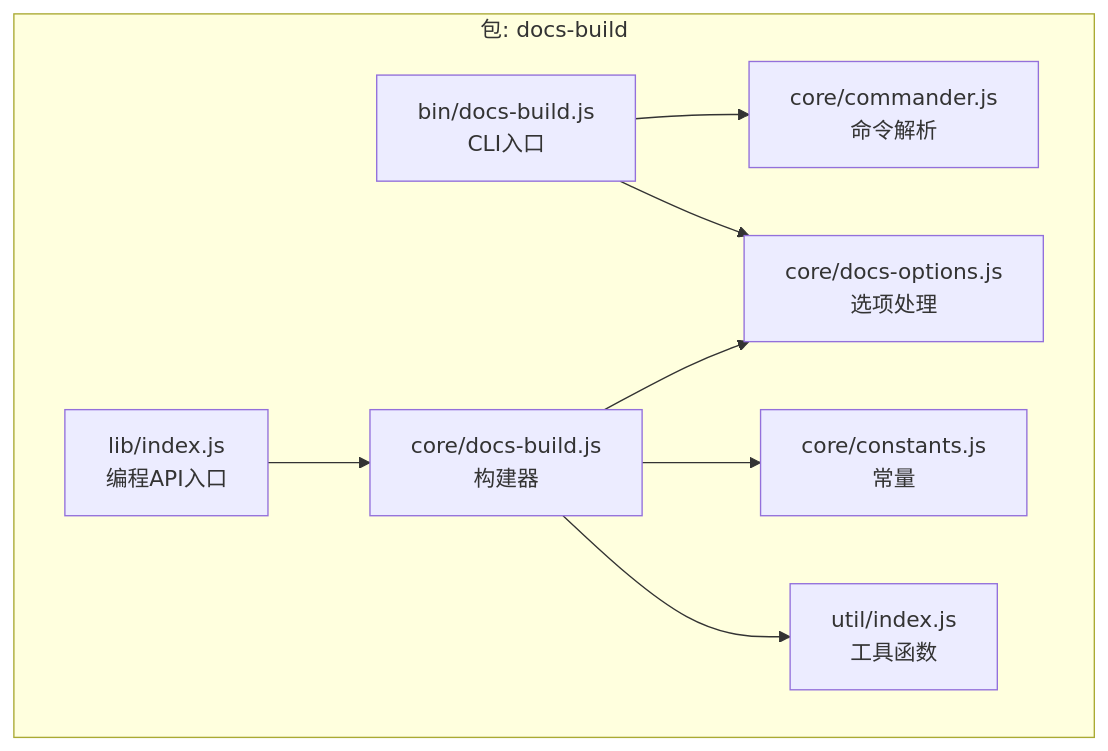
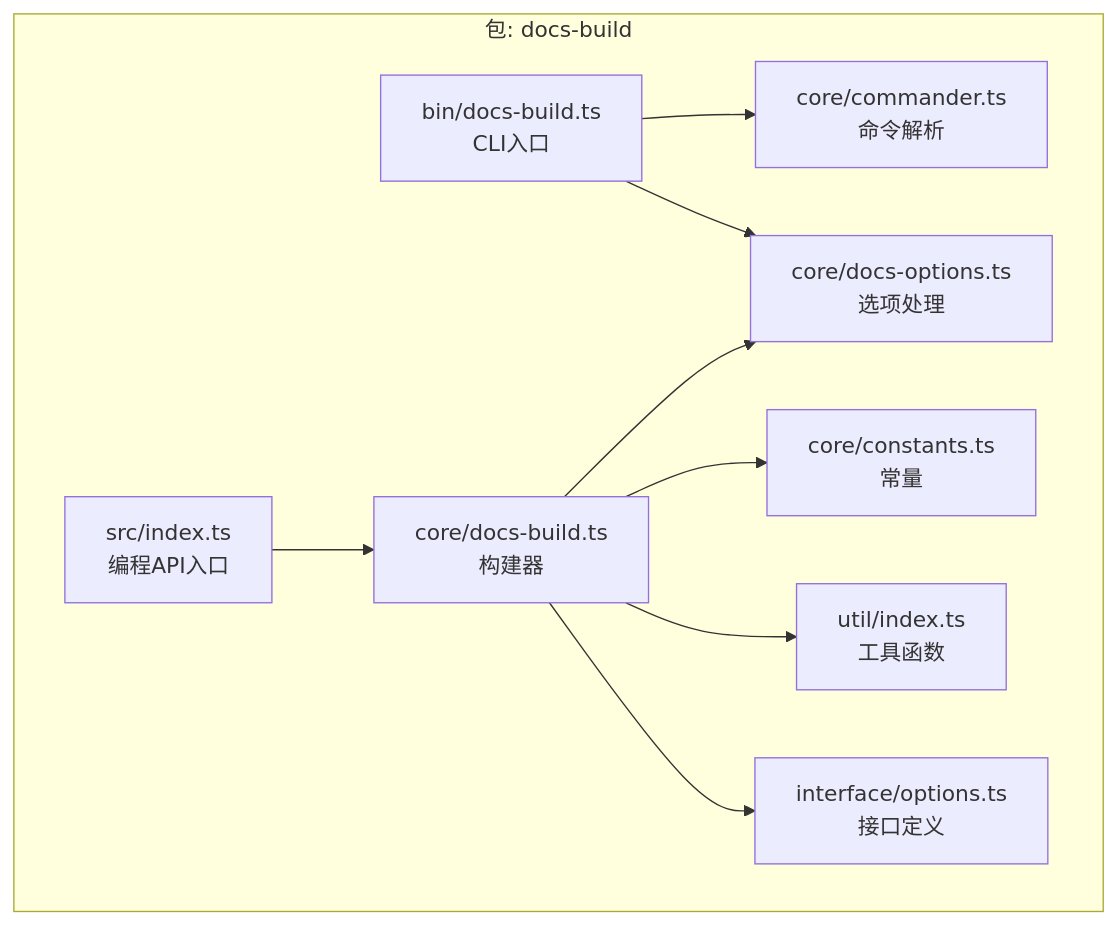
Before and after one commit to hz-9/tool-nx: the first of 5 diagrams in .qoder/repowiki/zh/content/API参考/文档构建工具API/文档构建工具API.md, drawn with Mermaid. The commit also changed other lines of this file and 27 other files, not shown here.

````diff
--- a/.qoder/repowiki/zh/content/API参考/文档构建工具API/文档构建工具API.md
+++ b/.qoder/repowiki/zh/content/API参考/文档构建工具API/文档构建工具API.md
@@ -53,18 +64,20 @@
 ```mermaid
 graph TB
 subgraph "包: docs-build"
-BIN["bin/docs-build.js<br/>CLI入口"]
-CORE["core/docs-build.js<br/>构建器"]
-CMD["core/commander.js<br/>命令解析"]
-OPT["core/docs-options.js<br/>选项处理"]
-CONST["core/constants.js<br/>常量"]
-UTIL["util/index.js<br/>工具函数"]
-IDX["lib/index.js<br/>编程API入口"]
+BIN["bin/docs-build.ts<br/>CLI入口"]
+CORE["core/docs-build.ts<br/>构建器"]
+CMD["core/commander.ts<br/>命令解析"]
+OPT["core/docs-options.ts<br/>选项处理"]
+CONST["core/constants.ts<br/>常量"]
+UTIL["util/index.ts<br/>工具函数"]
+IFACE["interface/options.ts<br/>接口定义"]
+IDX["src/index.ts<br/>编程API入口"]
 end
 BIN --> CMD
 BIN --> OPT
 CORE --> OPT
 CORE --> CONST
 CORE --> UTIL
+CORE --> IFACE
 IDX --> CORE
 ```
````
